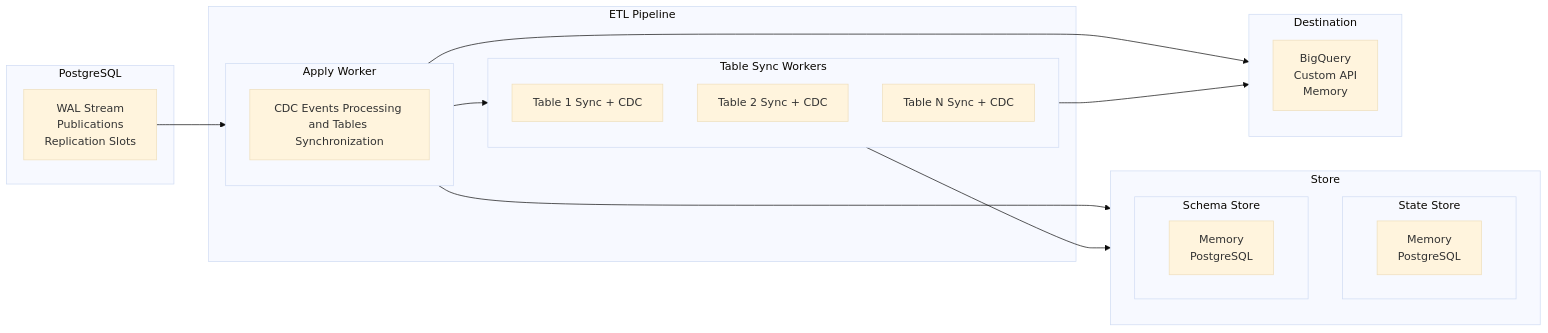
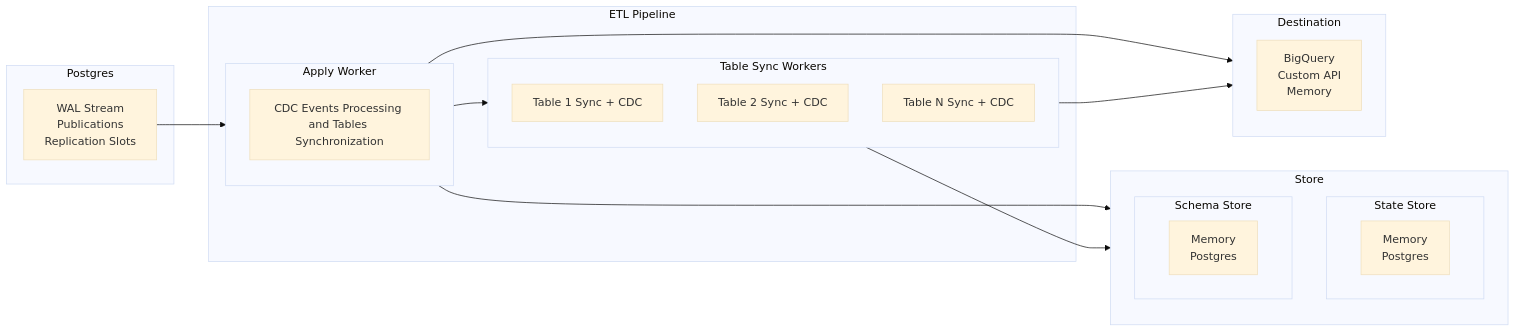
The diagram in docs/explanation/architecture.md (thewandererbg/pg_replicate), drawn with Mermaid (base theme) before and after one commit. The commit also changed other lines of this file and 72 other files, not shown here.

Commit message:
Use Postgres instead of PostgreSQL (#272)

````diff
--- a/docs/explanation/architecture.md
+++ b/docs/explanation/architecture.md
@@ -10,41 +9,41 @@
 ```mermaid
 flowchart LR
-    subgraph PostgreSQL
+    subgraph Postgres
         A["WAL Stream<br>Publications<br>Replication Slots"]
     end
 
     subgraph ETL_Pipeline[ETL Pipeline]
         subgraph ApplyWorker[Apply Worker]
             B1["CDC Events Processing and Tables Synchronization"]
         end
 
         subgraph TableSyncWorkers[Table Sync Workers]
             B2["Table 1 Sync + CDC"]
             B3["Table 2 Sync + CDC"]
             B4["Table N Sync + CDC"]
         end
     end
 
     subgraph Destination[Destination]
         Dest["BigQuery<br>Custom API<br>Memory"]
     end
 
     subgraph Store[Store]
         subgraph StateStore[State Store]
-            D1["Memory<br>PostgreSQL"]
+            D1["Memory<br>Postgres"]
         end
 
         subgraph SchemaStore[Schema Store]
-            D2["Memory<br>PostgreSQL"]
+            D2["Memory<br>Postgres"]
         end
     end
 
     A --> ApplyWorker
     ApplyWorker --> TableSyncWorkers
 
     ApplyWorker --> Destination
     TableSyncWorkers --> Destination
 
     ApplyWorker --> Store
     TableSyncWorkers --> Store
 ```
````
